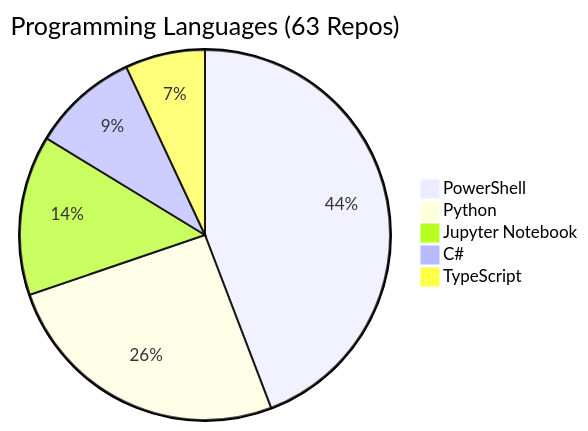
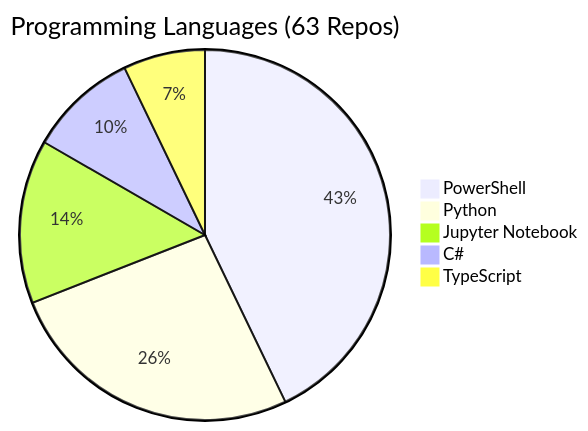
One commit to fabioc-aloha/fabioc-aloha changed the diagram in REPOS.md. Above: the diagram before and after it, drawn with Mermaid. The commit also changed other lines of this file and 1 other file, not shown here.

````diff
--- a/REPOS.md
+++ b/REPOS.md
@@ -106,8 +106,8 @@
 ```mermaid
 pie title Programming Languages (63 Repos)
-    "PowerShell" : 19
+    "PowerShell" : 18
     "Python" : 11
     "Jupyter Notebook" : 6
     "C#" : 4
     "TypeScript" : 3
 ```
````
